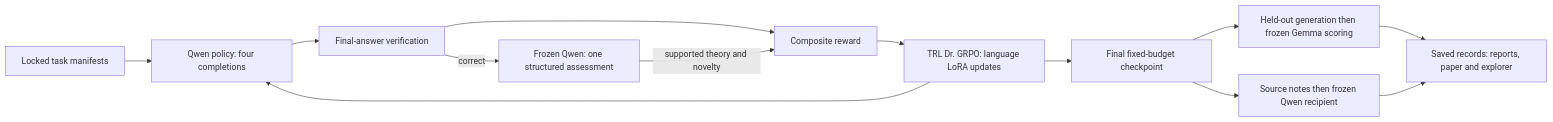
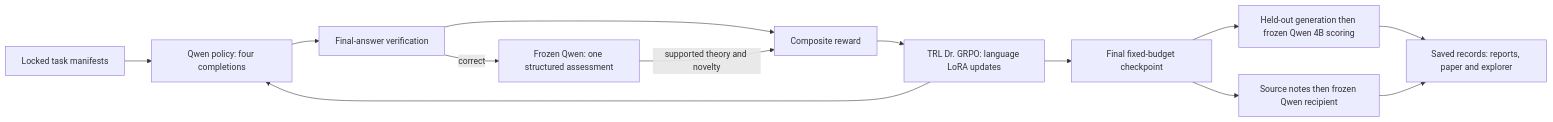
Before and after one commit to BurnyCoder/grothendieck-reinforcement-learning-with-llm-as-a-judge-reward-in-grpo-rlvr: the diagram in README.md, drawn with Mermaid. The commit also changed other lines of this file and 17 other files, not shown here.

````diff
--- a/README.md
+++ b/README.md
@@ -109,15 +117,15 @@
 ```mermaid
 flowchart LR
   D[Locked task manifests] --> P[Qwen policy: four completions]
   P --> V[Final-answer verification]
   V -->|correct| J[Frozen Qwen: one structured assessment]
   V --> R[Composite reward]
   J -->|supported theory and novelty| R
   R --> G[TRL Dr. GRPO: language LoRA updates]
   G --> P
   G --> E[Final fixed-budget checkpoint]
-  E --> H[Held-out generation then frozen Gemma scoring]
+  E --> H[Held-out generation then frozen Qwen 4B scoring]
   E --> N[Source notes then frozen Qwen recipient]
   H --> A[Saved records: reports, paper and explorer]
   N --> A
 ```
````
